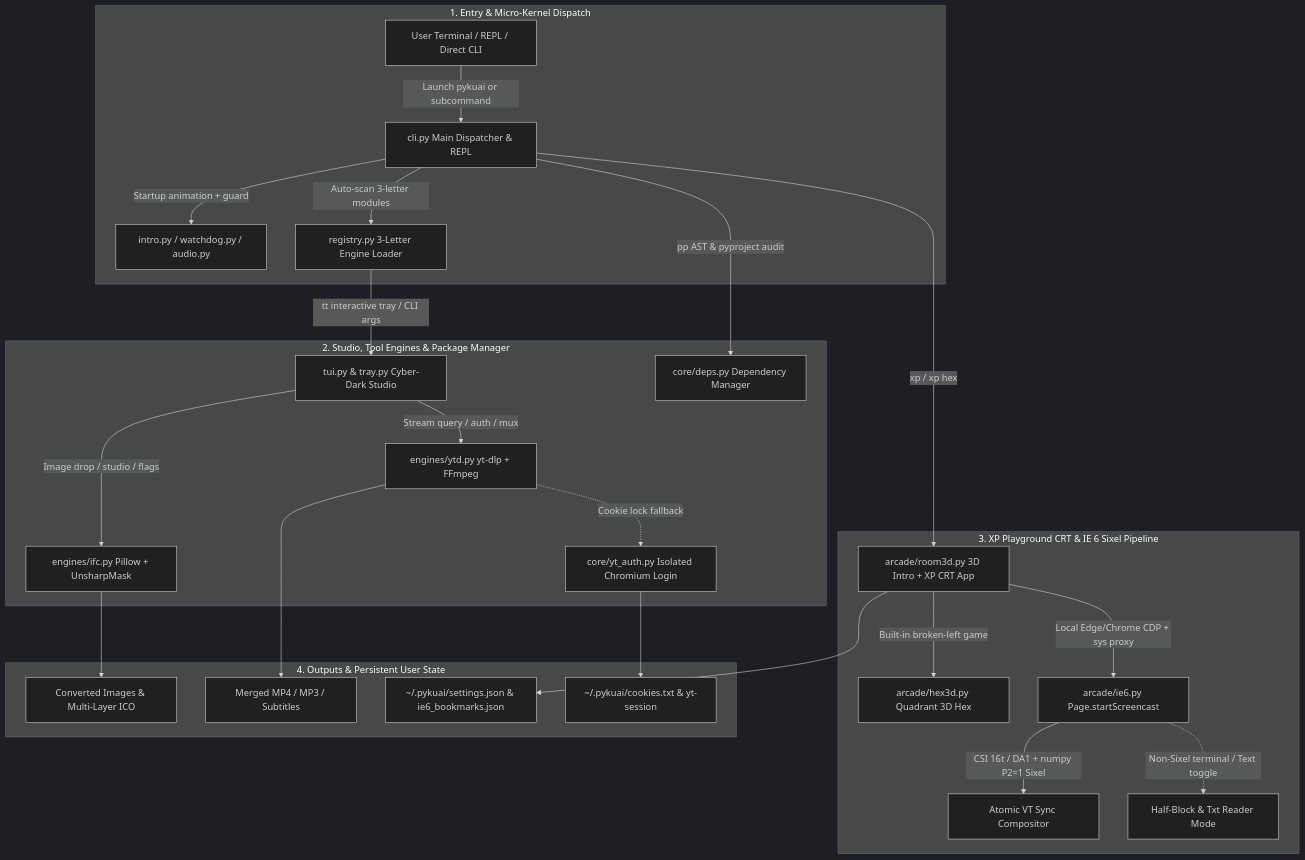
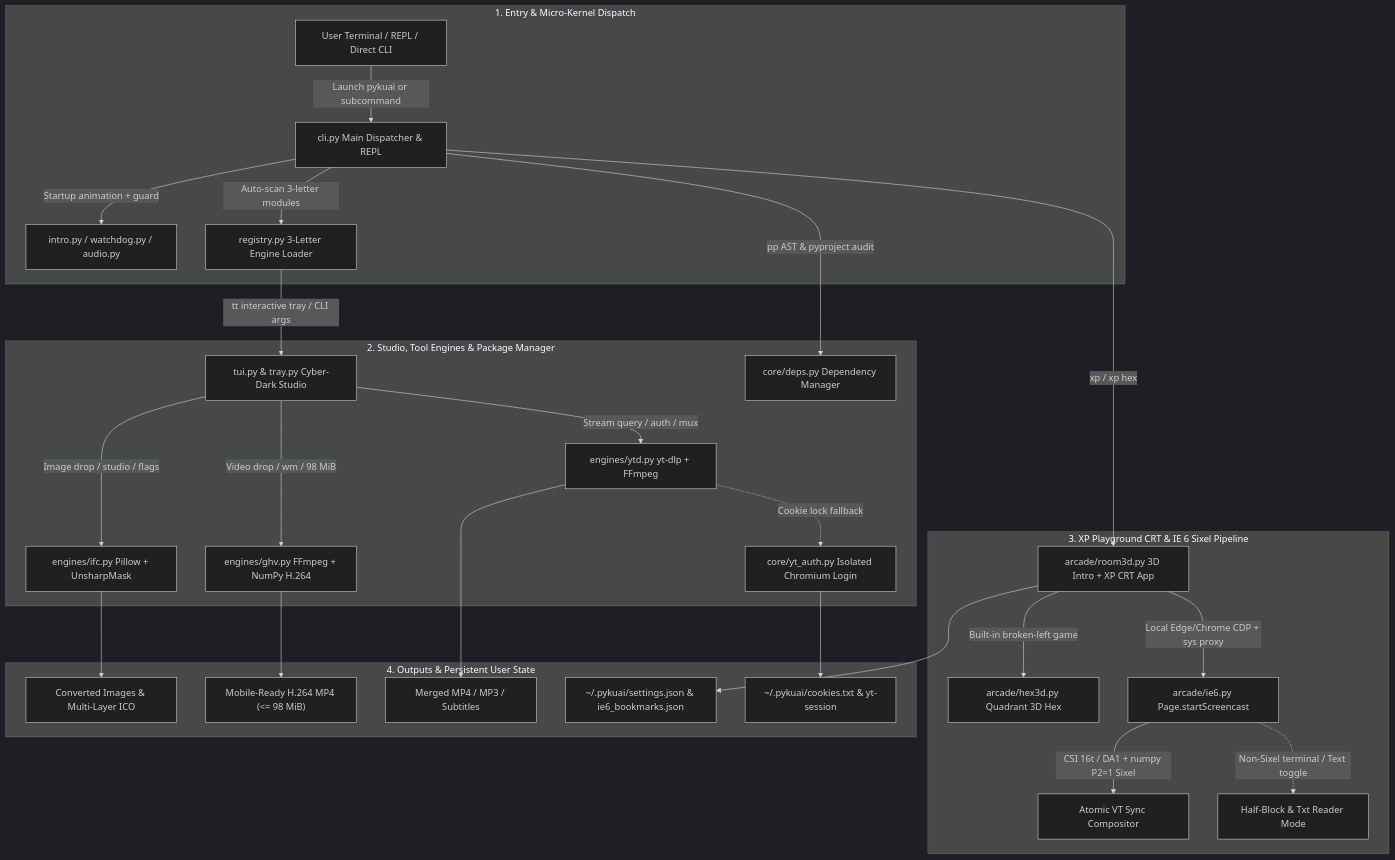
The diagram in README.md (GallantTarry/pykuai), drawn with Mermaid (dark theme) before and after one commit. The commit also changed other lines of this file and 2 other files, not shown here.

First line of the commit message:
Enhance video optimization and watermark handling

````diff
--- a/README.md
+++ b/README.md
@@ -26,31 +26,33 @@
 ```mermaid
 flowchart TD
     subgraph S1["1. Entry & Micro-Kernel Dispatch"]
         User["User Terminal / REPL / Direct CLI"] -->|"Launch pykuai or subcommand"| CLI["cli.py Main Dispatcher & REPL"]
         CLI -->|"Startup animation + guard"| CoreUX["intro.py / watchdog.py / audio.py"]
         CLI -->|"Auto-scan 3-letter modules"| Reg["registry.py 3-Letter Engine Loader"]
     end
 
     subgraph S2["2. Studio, Tool Engines & Package Manager"]
         Reg -->|"tt interactive tray / CLI args"| TUI["tui.py & tray.py Cyber-Dark Studio"]
         TUI -->|"Image drop / studio / flags"| IFC["engines/ifc.py Pillow + UnsharpMask"]
+        TUI -->|"Video drop / wm / 98 MiB"| GHV["engines/ghv.py FFmpeg + NumPy H.264"]
         TUI -->|"Stream query / auth / mux"| YTD["engines/ytd.py yt-dlp + FFmpeg"]
         CLI -->|"pp AST & pyproject audit"| Deps["core/deps.py Dependency Manager"]
         YTD -.->|"Cookie lock fallback"| Auth["core/yt_auth.py Isolated Chromium Login"]
     end
 
     subgraph S3["3. XP Playground CRT & IE 6 Sixel Pipeline"]
         CLI -->|"xp / xp hex"| Room["arcade/room3d.py 3D Intro + XP CRT App"]
         Room -->|"Built-in broken-left game"| Hex["arcade/hex3d.py Quadrant 3D Hex"]
         Room -->|"Local Edge/Chrome CDP + sys proxy"| IE6["arcade/ie6.py Page.startScreencast"]
         IE6 -->|"CSI 16t / DA1 + numpy P2=1 Sixel"| Blit["Atomic VT Sync Compositor"]
         IE6 -.->|"Non-Sixel terminal / Text toggle"| HB["Half-Block & Txt Reader Mode"]
     end
 
     subgraph S4["4. Outputs & Persistent User State"]
         IFC --> OutFiles["Converted Images & Multi-Layer ICO"]
+        GHV --> OutVideo["Mobile-Ready H.264 MP4 (<= 98 MiB)"]
         YTD --> OutMedia["Merged MP4 / MP3 / Subtitles"]
         Room --> LocalState["~/.pykuai/settings.json & ie6_bookmarks.json"]
         Auth --> Cookies["~/.pykuai/cookies.txt & yt-session"]
     end
 ```
````
